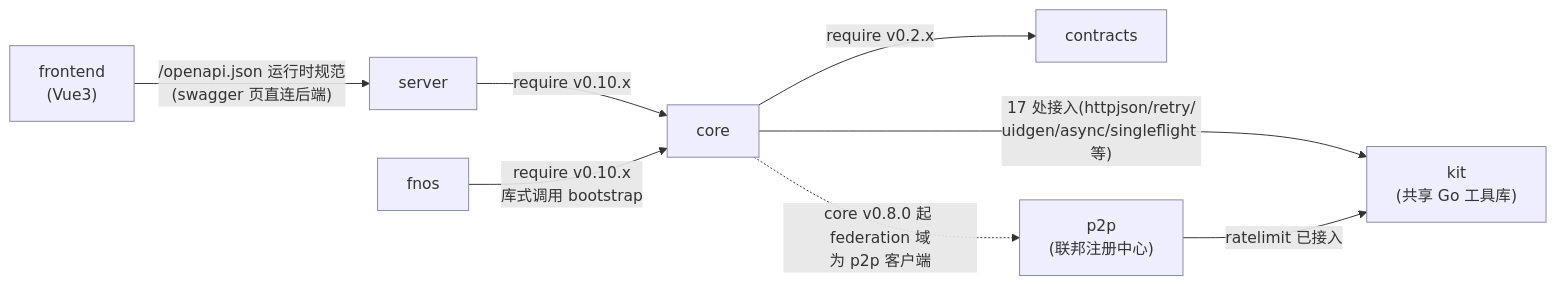
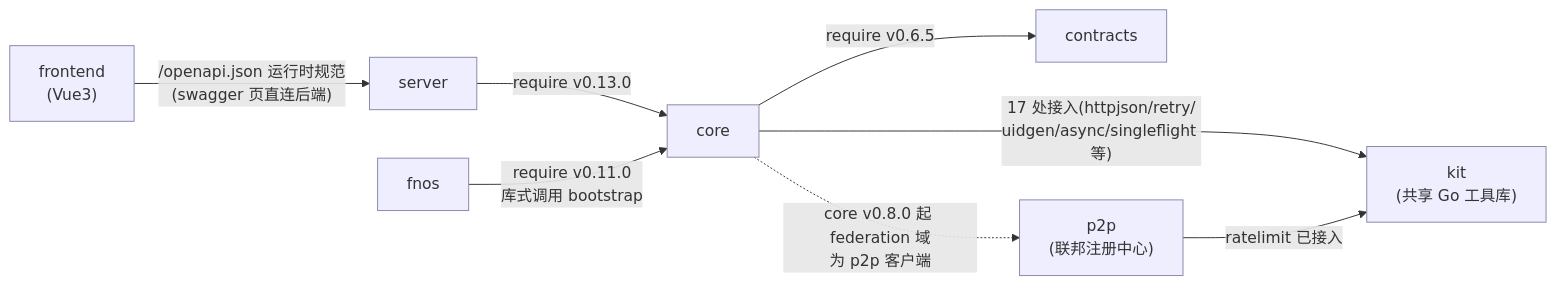
Before and after one commit to filescodebox/FilesCodeBox: the second of 9 diagrams in docs/architecture.md, drawn with Mermaid. The commit also changed other lines of this file and 12 other files, not shown here.

First line of the commit message:
docs: 全生态文档对码——版本矩阵对齐 v0.13.0/v0.14.0/chart 1.3.23 列车

````diff
--- a/docs/architecture.md
+++ b/docs/architecture.md
@@ -42,15 +42,15 @@
 ```mermaid
 graph LR
     FE["frontend<br/>(Vue3)"] -->|"/openapi.json 运行时规范<br/>(swagger 页直连后端)"| SRV["server"]
-    SRV -->|"require v0.10.x"| CORE["core"]
-    FNOS["fnos"] -->|"require v0.10.x<br/>库式调用 bootstrap"| CORE
-    CORE -->|"require v0.2.x"| CTX["contracts"]
+    SRV -->|"require v0.13.0"| CORE["core"]
+    FNOS["fnos"] -->|"require v0.11.0<br/>库式调用 bootstrap"| CORE
+    CORE -->|"require v0.6.5"| CTX["contracts"]
     P2P["p2p<br/>(联邦注册中心)"]
     CORE -.->|"core v0.8.0 起 federation 域<br/>为 p2p 客户端"| P2P
     KIT["kit<br/>(共享 Go 工具库)"]
     CORE -->|"17 处接入(httpjson/retry/<br/>uidgen/async/singleflight 等)"| KIT
     P2P -->|"ratelimit 已接入"| KIT
 
     classDef plain fill:#eef,stroke:#88a
     class CTX,CORE,SRV,FE,FNOS,P2P,KIT plain
 ```
````
